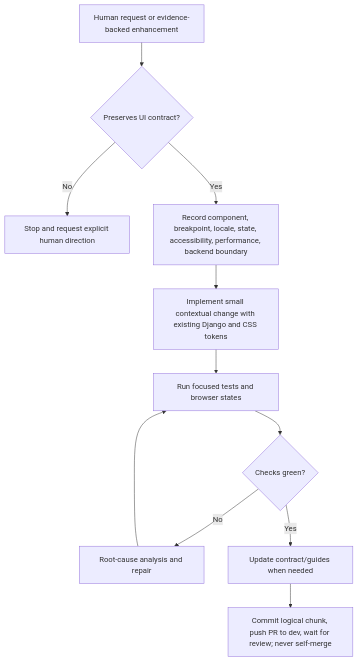
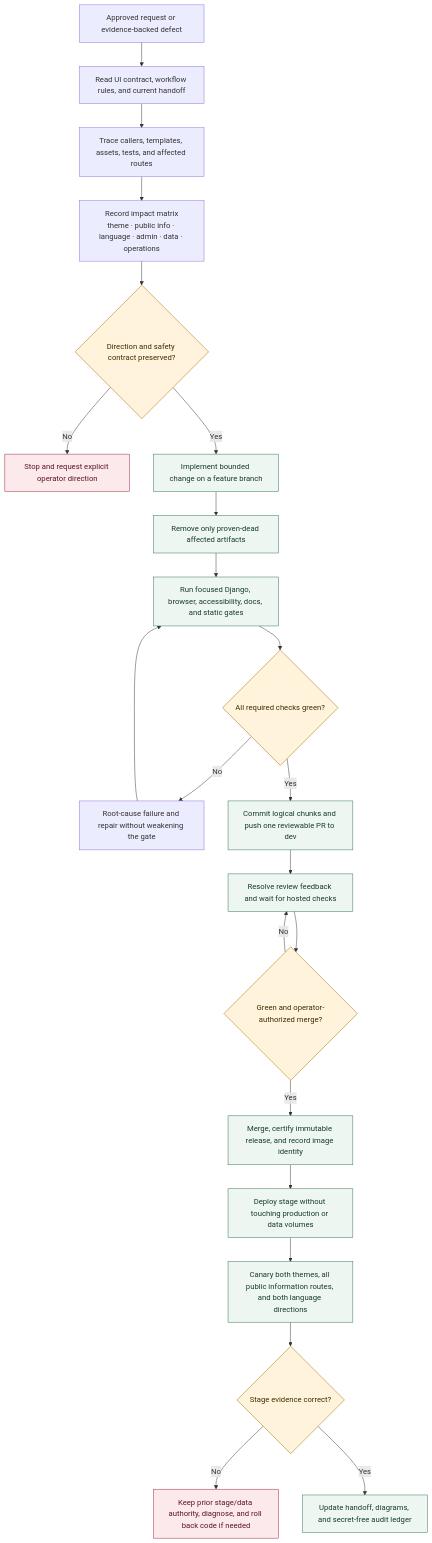
Before and after one commit to Nimble-esolutions/PdfSearch: the diagram in docs/diagrams/ui-change-control.mmd, drawn with Mermaid. The commit also changed 15 other files, not shown here.

Commit message:
docs(public): align theme, language, and tooling evidence

```diff
--- a/docs/diagrams/ui-change-control.mmd
+++ b/docs/diagrams/ui-change-control.mmd
@@ -1,11 +1,29 @@
 flowchart TD
-    A[Human request or evidence-backed enhancement] --> B{Preserves UI contract?}
-    B -->|No| X[Stop and request explicit human direction]
-    B -->|Yes| C[Record component, breakpoint, locale, state, accessibility, performance, backend boundary]
-    C --> D[Implement small contextual change with existing Django and CSS tokens]
-    D --> E[Run focused tests and browser states]
-    E --> F{Checks green?}
-    F -->|No| G[Root-cause analysis and repair]
-    G --> E
-    F -->|Yes| H[Update contract/guides when needed]
-    H --> I[Commit logical chunk, push PR to dev, wait for review; never self-merge]
+    A["Approved request or evidence-backed defect"] --> B["Read UI contract, workflow rules, and current handoff"]
+    B --> C["Trace callers, templates, assets, tests, and affected routes"]
+    C --> D["Record impact matrix<br/>theme · public info · language · admin · data · operations"]
+    D --> E{"Direction and safety contract preserved?"}
+    E -->|No| X["Stop and request explicit operator direction"]
+    E -->|Yes| F["Implement bounded change on a feature branch"]
+    F --> G["Remove only proven-dead affected artifacts"]
+    G --> H["Run focused Django, browser, accessibility, docs, and static gates"]
+    H --> I{"All required checks green?"}
+    I -->|No| J["Root-cause failure and repair without weakening the gate"]
+    J --> H
+    I -->|Yes| K["Commit logical chunks and push one reviewable PR to dev"]
+    K --> L["Resolve review feedback and wait for hosted checks"]
+    L --> M{"Green and operator-authorized merge?"}
+    M -->|No| L
+    M -->|Yes| N["Merge, certify immutable release, and record image identity"]
+    N --> O["Deploy stage without touching production or data volumes"]
+    O --> P["Canary both themes, all public information routes, and both language directions"]
+    P --> Q{"Stage evidence correct?"}
+    Q -->|No| R["Keep prior stage/data authority, diagnose, and roll back code if needed"]
+    Q -->|Yes| T["Update handoff, diagrams, and secret-free audit ledger"]
+
+    classDef decision fill:#fff4db,stroke:#9a6500,color:#3f2b00
+    classDef safe fill:#eef6f1,stroke:#317356,color:#173d2b
+    classDef stop fill:#fbe9eb,stroke:#9f2638,color:#5f1420
+    class E,I,M,Q decision
+    class F,G,H,K,L,N,O,P,T safe
+    class X,R stop
```
